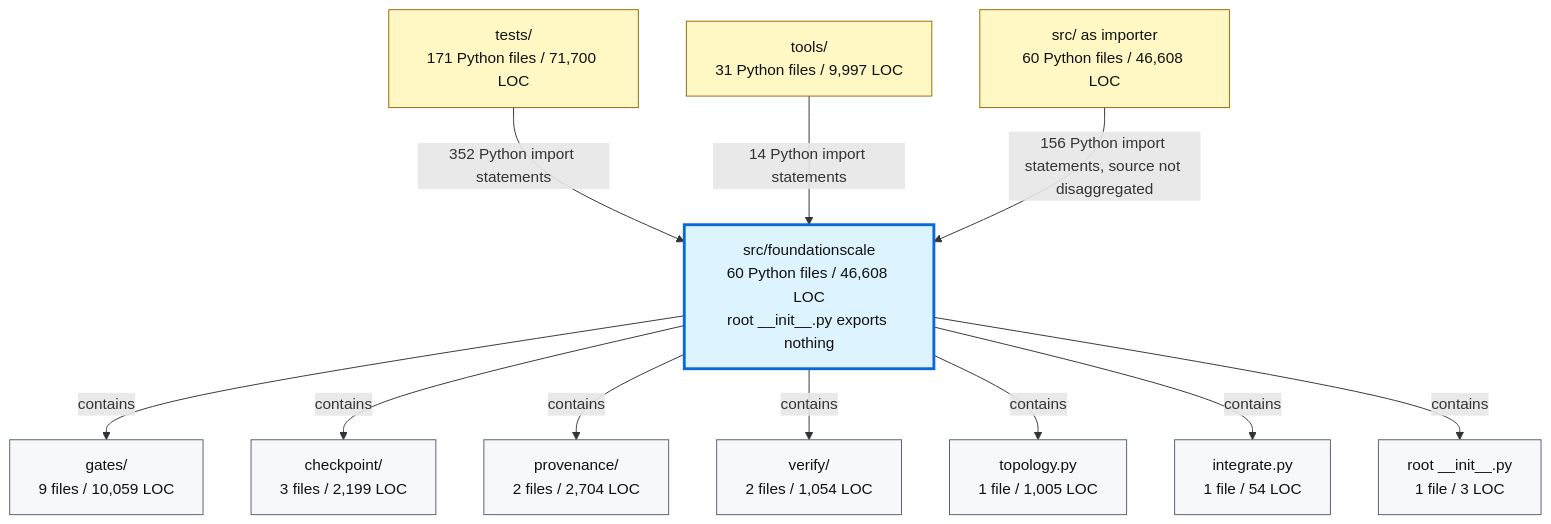
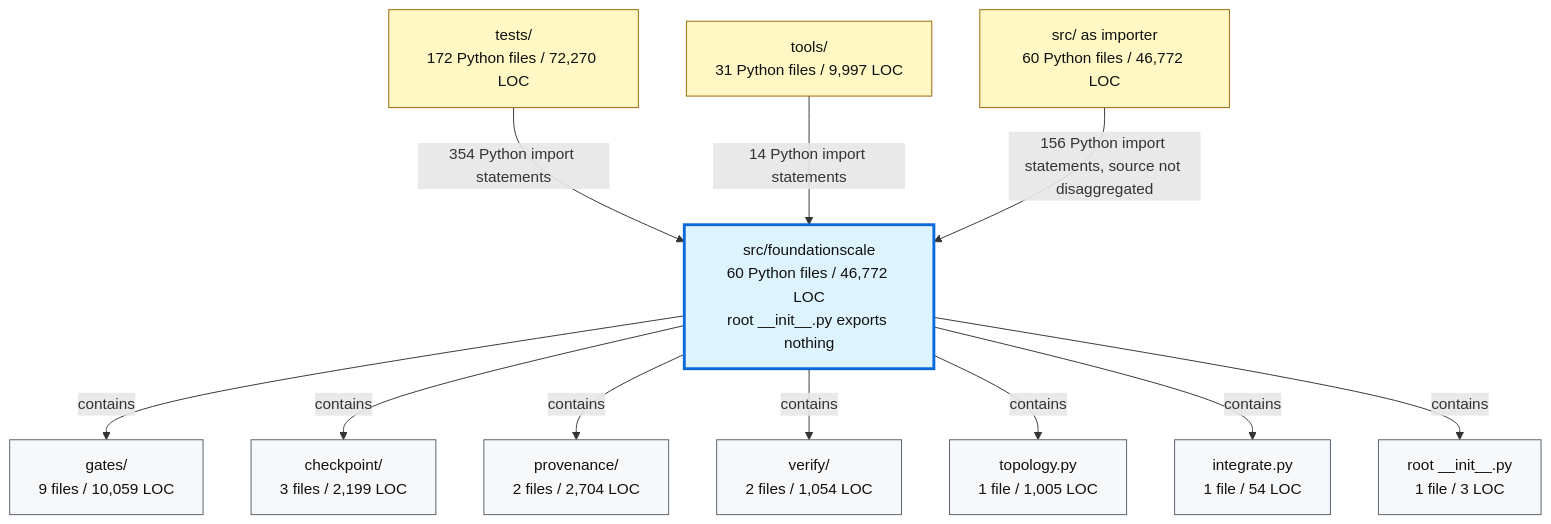
One commit to TranNhiem/FoundationScale changed the second of 2 diagrams in docs/review/D2_current_architecture.md. Above: the diagram before and after it, drawn with Mermaid. The commit also changed other lines of this file and 18 other files, not shown here.

````diff
--- a/docs/review/D2_current_architecture.md
+++ b/docs/review/D2_current_architecture.md
@@ -97,36 +97,36 @@
 ```mermaid
 flowchart TB
-  TESTS["tests/<br/>171 Python files / 71,700 LOC"]
+  TESTS["tests/<br/>172 Python files / 72,270 LOC"]
   TOOLS["tools/<br/>31 Python files / 9,997 LOC"]
-  SRC["src/ as importer<br/>60 Python files / 46,608 LOC"]
+  SRC["src/ as importer<br/>60 Python files / 46,772 LOC"]
 
-  FS["src/foundationscale<br/>60 Python files / 46,608 LOC<br/>root __init__.py exports nothing"]
+  FS["src/foundationscale<br/>60 Python files / 46,772 LOC<br/>root __init__.py exports nothing"]
 
   GATES["gates/<br/>9 files / 10,059 LOC"]
   CKPT["checkpoint/<br/>3 files / 2,199 LOC"]
   PROV["provenance/<br/>2 files / 2,704 LOC"]
   VERIFY["verify/<br/>2 files / 1,054 LOC"]
   TOPO["topology.py<br/>1 file / 1,005 LOC"]
   INTEG["integrate.py<br/>1 file / 54 LOC"]
   ROOT["root __init__.py<br/>1 file / 3 LOC"]
 
-  TESTS -->|"352 Python import statements"| FS
+  TESTS -->|"354 Python import statements"| FS
   TOOLS -->|"14 Python import statements"| FS
   SRC -->|"156 Python import statements, source not disaggregated"| FS
 
   FS -->|"contains"| GATES
   FS -->|"contains"| CKPT
   FS -->|"contains"| PROV
   FS -->|"contains"| VERIFY
   FS -->|"contains"| TOPO
   FS -->|"contains"| INTEG
   FS -->|"contains"| ROOT
 
   classDef consumer fill:#fff8c5,stroke:#9a6700,color:#111;
   classDef package fill:#ddf4ff,stroke:#0969da,stroke-width:3px,color:#111;
   classDef module fill:#f6f8fa,stroke:#57606a,color:#111;
 
   class TESTS,TOOLS,SRC consumer;
   class FS package;
   class GATES,CKPT,PROV,VERIFY,TOPO,INTEG,ROOT module;
 ```
````
